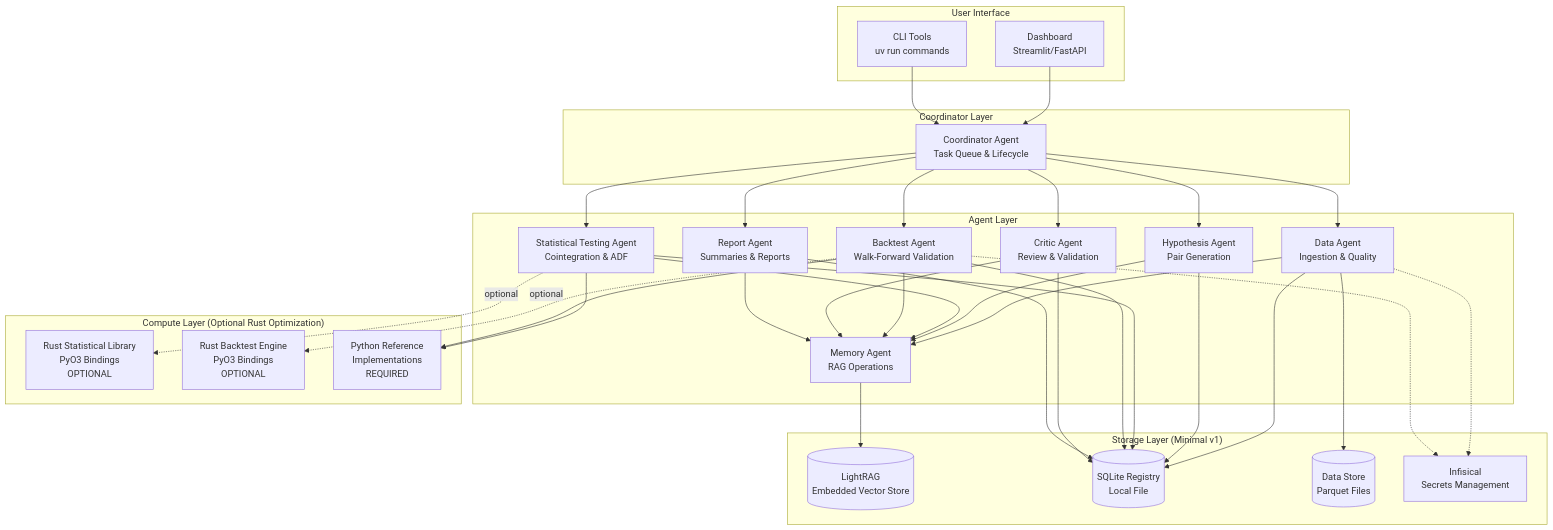
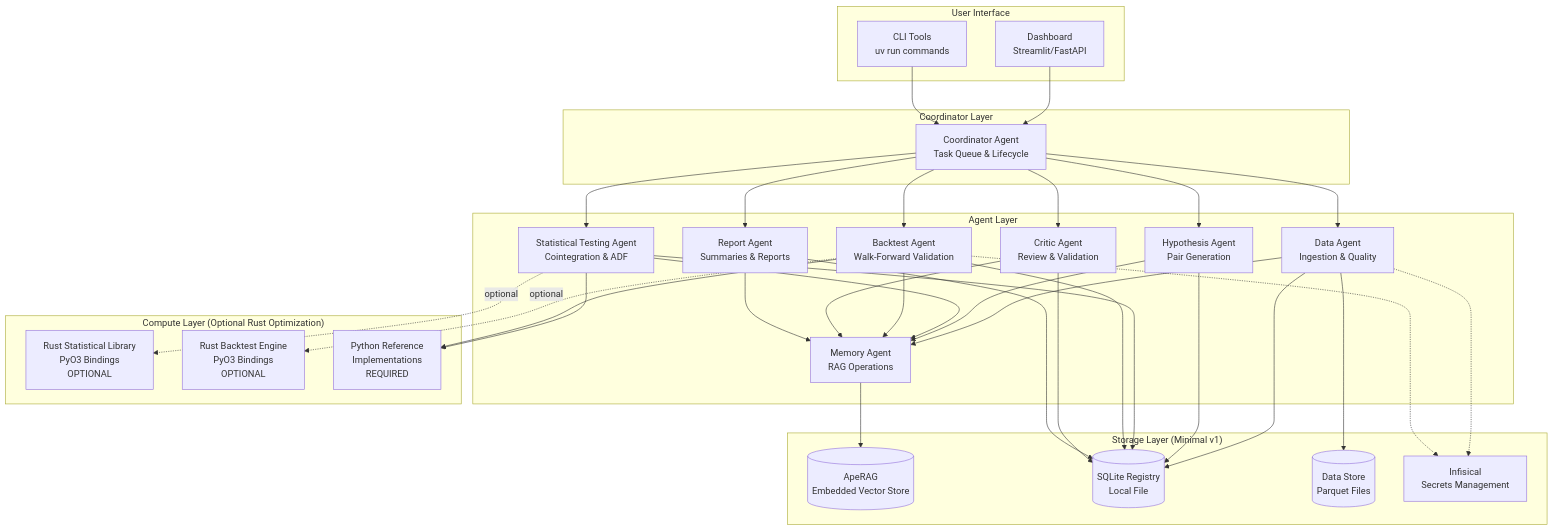
Before and after one commit to Cryptotehnolog/STATISTICAL-ARBITRAGE: the diagram in .kiro/specs/quant-research-architecture/design.md, drawn with Mermaid. The commit also changed other lines of this file and 19 other files, not shown here.

````diff
--- a/.kiro/specs/quant-research-architecture/design.md
+++ b/.kiro/specs/quant-research-architecture/design.md
@@ -76,67 +76,67 @@
 ```mermaid
 graph TB
     subgraph "User Interface"
         Dashboard[Dashboard<br/>Streamlit/FastAPI]
         CLI[CLI Tools<br/>uv run commands]
     end
     
     subgraph "Coordinator Layer"
         Coordinator[Coordinator Agent<br/>Task Queue & Lifecycle]
     end
     
     subgraph "Agent Layer"
         Data[Data Agent<br/>Ingestion & Quality]
         Hypothesis[Hypothesis Agent<br/>Pair Generation]
         StatTest[Statistical Testing Agent<br/>Cointegration & ADF]
         Backtest[Backtest Agent<br/>Walk-Forward Validation]
         Critic[Critic Agent<br/>Review & Validation]
         Report[Report Agent<br/>Summaries & Reports]
         Memory[Memory Agent<br/>RAG Operations]
     end
     
     subgraph "Compute Layer (Optional Rust Optimization)"
         RustStats[Rust Statistical Library<br/>PyO3 Bindings<br/>OPTIONAL]
         RustBacktest[Rust Backtest Engine<br/>PyO3 Bindings<br/>OPTIONAL]
         PythonImpl[Python Reference<br/>Implementations<br/>REQUIRED]
     end
     
     subgraph "Storage Layer (Minimal v1)"
-        LightRAG[(LightRAG<br/>Embedded Vector Store)]
+        ApeRAG[(ApeRAG<br/>Embedded Vector Store)]
         Registry[(SQLite Registry<br/>Local File)]
         DataStore[(Data Store<br/>Parquet Files)]
         Secrets[Infisical<br/>Secrets Management]
     end
     
     Dashboard --> Coordinator
     CLI --> Coordinator
     Coordinator --> Data
     Coordinator --> Hypothesis
     Coordinator --> StatTest
     Coordinator --> Backtest
     Coordinator --> Critic
     Coordinator --> Report
     
     Data --> Memory
     Hypothesis --> Memory
     StatTest --> Memory
     Backtest --> Memory
     Critic --> Memory
     Report --> Memory
     
     Data --> Registry
     Hypothesis --> Registry
     StatTest --> Registry
     Backtest --> Registry
     Critic --> Registry
     Report --> Registry
     
     Data --> DataStore
     StatTest --> PythonImpl
     Backtest --> PythonImpl
     StatTest -.optional.-> RustStats
     Backtest -.optional.-> RustBacktest
     
-    Memory --> LightRAG
+    Memory --> ApeRAG
     Data -.-> Secrets
     Backtest -.-> Secrets
 ```
````
